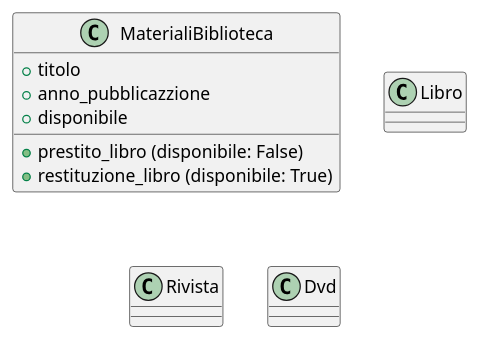
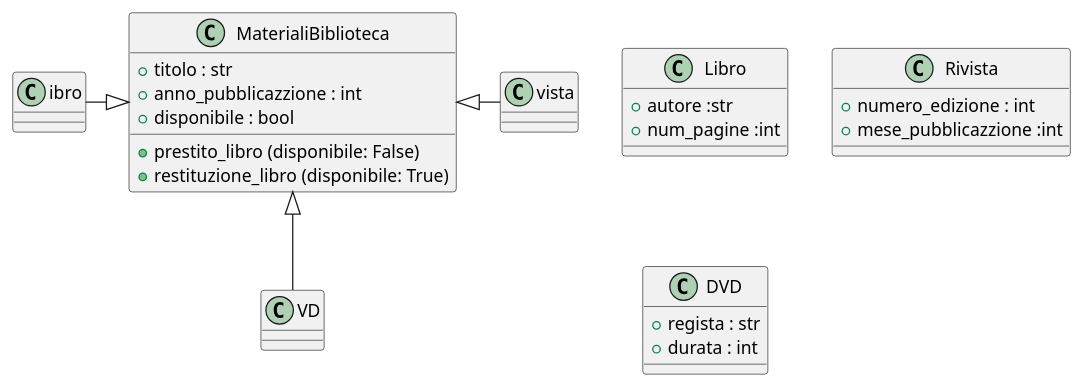
The diagram in pezzolesi_es_7.puml (LorenzoPezzolesi/esercizi_python_4M), drawn with PlantUML before and after one commit. The commit also changed 1 other file, not shown here.

```diff
--- a/pezzolesi_es_7.puml
+++ b/pezzolesi_es_7.puml
@@ -1,23 +1,28 @@
 @startuml es 7
 
 class MaterialiBiblioteca{
-    +titolo
-    +anno_pubblicazzione
-    +disponibile
+    + titolo : str
+    + anno_pubblicazzione : int
+    + disponibile : bool
     + prestito_libro (disponibile: False)
     + restituzione_libro (disponibile: True)
 }
 
 class Libro{
-
+    + autore :str
+    + num_pagine :int 
 }
 
 class Rivista{
-
+    + numero_edizione : int
+    + mese_pubblicazzione :int
 }
 
-class Dvd{
-
+class DVD{
+    + regista : str
+    + durata : int
 }
-
+MaterialiBiblioteca<|--Libro
+MaterialiBiblioteca<|--Rivista
+MaterialiBiblioteca<|--DVD
 @enduml
```
